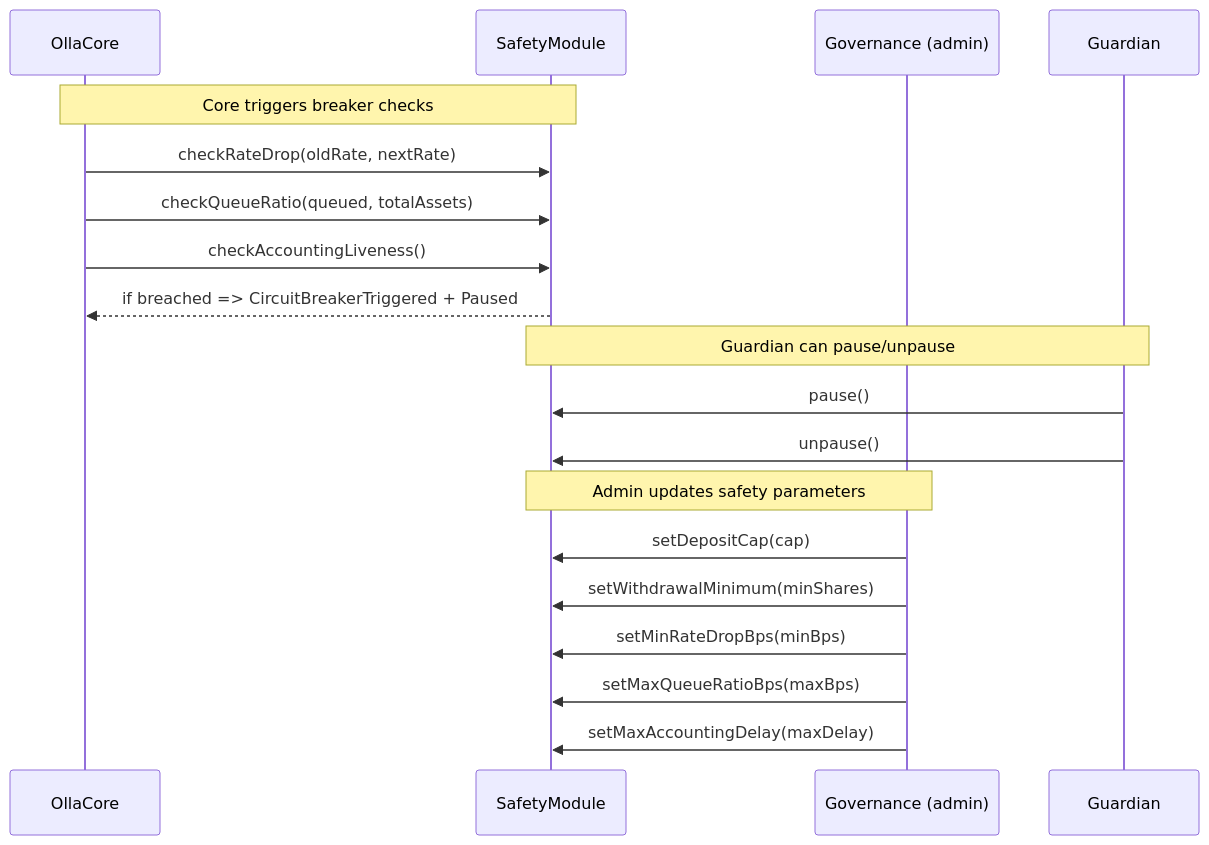
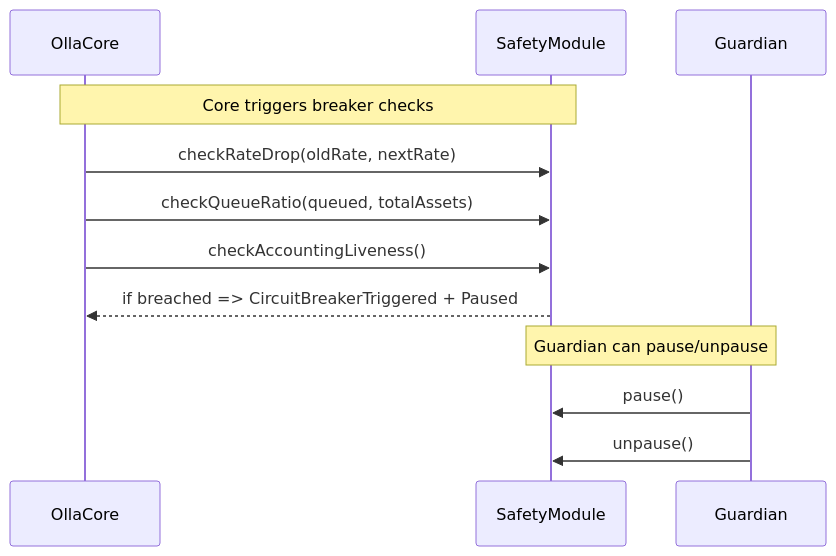
One commit to ollafinance/core changed the fifth of 6 diagrams in docs/governance-actions.md. Above: the diagram before and after it, drawn with Mermaid. The commit also changed other lines of this file and 59 other files, not shown here.

````diff
--- a/docs/governance-actions.md
+++ b/docs/governance-actions.md
@@ -50,24 +114,16 @@
 ```mermaid
 sequenceDiagram
     participant C as OllaCore
     participant SAF as SafetyModule
-    participant GOV as Governance (admin)
     participant G as Guardian
 
     Note over C,SAF: Core triggers breaker checks
     C->>SAF: checkRateDrop(oldRate, nextRate)
     C->>SAF: checkQueueRatio(queued, totalAssets)
     C->>SAF: checkAccountingLiveness()
     SAF-->>C: if breached => CircuitBreakerTriggered + Paused
 
     Note over G,SAF: Guardian can pause/unpause
     G->>SAF: pause()
     G->>SAF: unpause()
-
-    Note over GOV,SAF: Admin updates safety parameters
-    GOV->>SAF: setDepositCap(cap)
-    GOV->>SAF: setWithdrawalMinimum(minShares)
-    GOV->>SAF: setMinRateDropBps(minBps)
-    GOV->>SAF: setMaxQueueRatioBps(maxBps)
-    GOV->>SAF: setMaxAccountingDelay(maxDelay)
 ```
````
